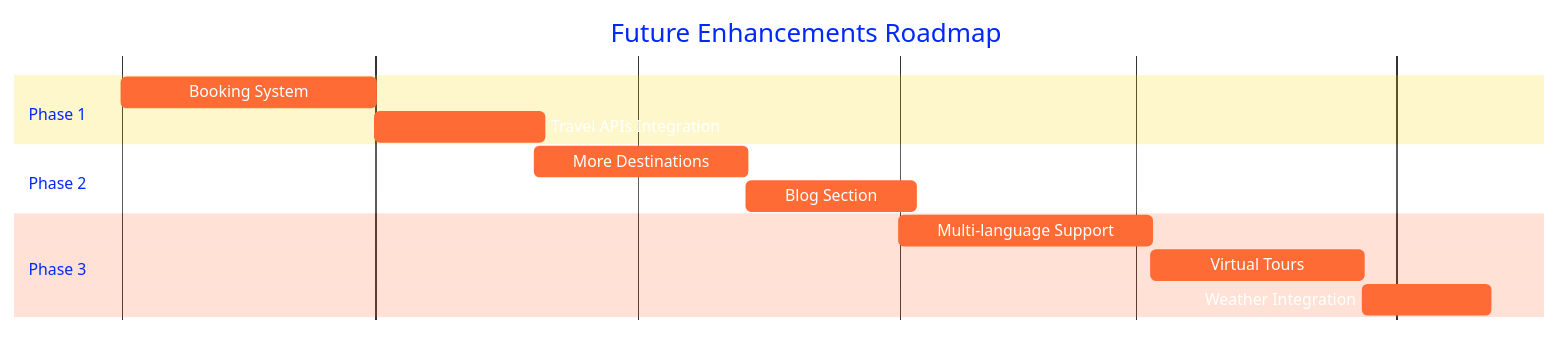
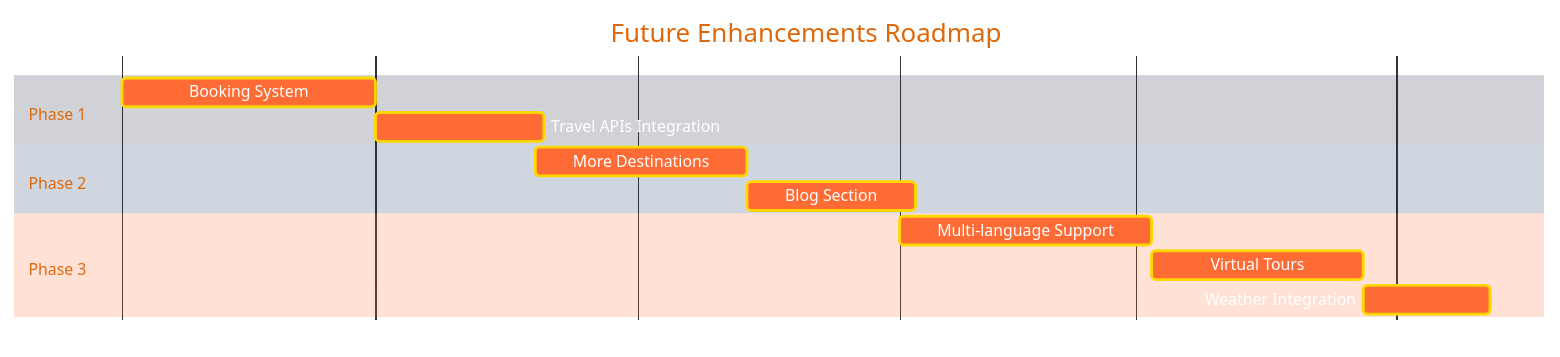
Before and after one commit to koushik4475/gooindia: the third of 3 diagrams in README.md, drawn with Mermaid. The commit also changed other lines of this file, not shown here.

````diff
--- a/README.md
+++ b/README.md
@@ -390,16 +390,16 @@
 ```mermaid
-%%{init: {'theme':'base', 'themeVariables': { 'primaryColor':'#FF6B35','primaryTextColor':'#fff','primaryBorderColor':'#FF6B35','lineColor':'#FFD700','secondaryColor':'#00C853','tertiaryColor':'#FFD700','grid':'#444','background':'#0d1117','mainBkg':'#FF6B35','secondBkg':'#00C853','tertiaryBkg':'#FFD700','textColor':'#fff','fontSize':'16px'}}}%%
+%%{init: {'theme':'base', 'themeVariables': { 'primaryColor':'#FF6B35','primaryTextColor':'#ffffff','primaryBorderColor':'#FF8C00','lineColor':'#FFD700','secondaryColor':'#4CAF50','tertiaryColor':'#2196F3','grid':'#666','background':'#1a1a2e','mainBkg':'#FF6B35','secondBkg':'#4CAF50','tertiaryBkg':'#2196F3','textColor':'#ffffff','fontSize':'16px','gridTextColor':'#ffffff','sectionBkgColor':'#16213e','altSectionBkgColor':'#0f3460','taskBorderColor':'#FFD700','taskTextColor':'#ffffff'}}}%%
 gantt
     title Future Enhancements Roadmap
     dateFormat  YYYY-MM-DD
     section Phase 1
     Booking System           :a1, 2025-11-01, 30d
     Travel APIs Integration  :a2, after a1, 20d
     section Phase 2
     More Destinations        :b1, 2025-12-20, 25d
     Blog Section            :b2, after b1, 20d
     section Phase 3
     Multi-language Support   :c1, 2026-02-01, 30d
     Virtual Tours           :c2, after c1, 25d
     Weather Integration     :c3, after c2, 15d
 ```
````
